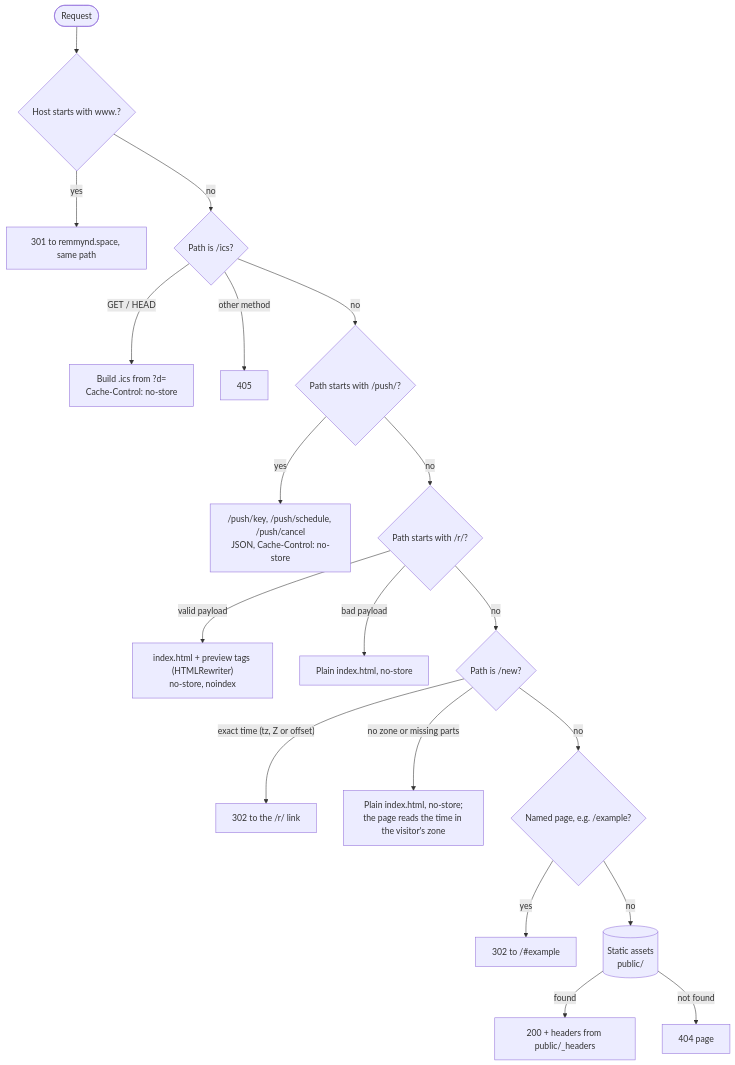
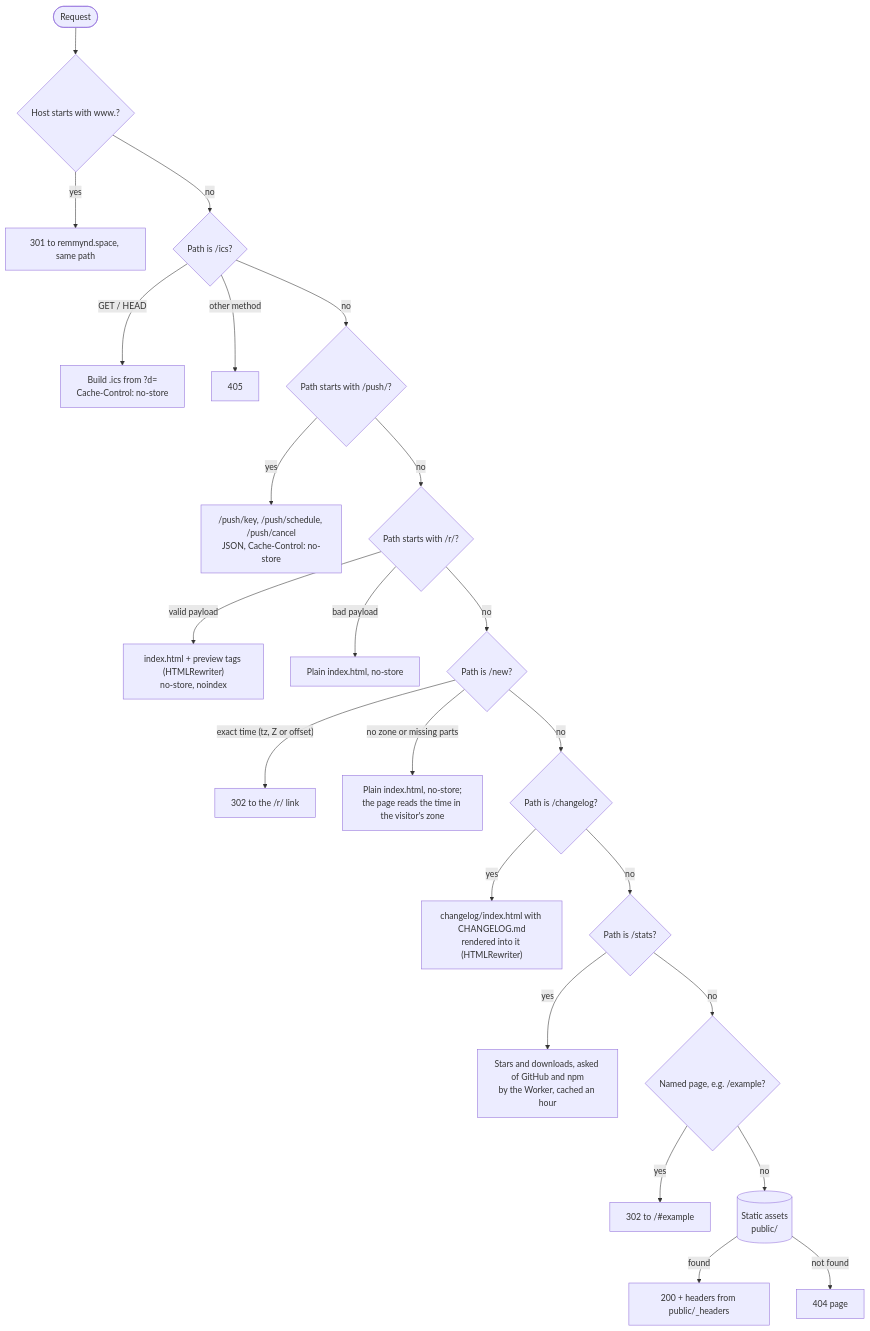
The third of 4 diagrams in docs/ARCHITECTURE.md (Remmynd/remmynd), drawn with Mermaid before and after one commit. The commit also changed other lines of this file and 28 other files, not shown here.

First line of the commit message:
Add the website: why, hosts, docs, install, roadmap, privacy, press and changelog

````diff
--- a/docs/ARCHITECTURE.md
+++ b/docs/ARCHITECTURE.md
@@ -141,21 +141,25 @@
 ```mermaid
 flowchart TD
     R([Request]) --> W{Host starts with www.?}
     W -- yes --> RW[301 to remmynd.space, same path]
     W -- no --> I{Path is /ics?}
     I -- "GET / HEAD" --> ICS["Build .ics from ?d=<br/>Cache-Control: no-store"]
     I -- other method --> M405[405]
     I -- no --> PU{Path starts with /push/?}
     PU -- yes --> PR["/push/key, /push/schedule, /push/cancel<br/>JSON, Cache-Control: no-store"]
     PU -- no --> SR{Path starts with /r/?}
     SR -- "valid payload" --> PV["index.html + preview tags (HTMLRewriter)<br/>no-store, noindex"]
     SR -- "bad payload" --> SH["Plain index.html, no-store"]
     SR -- no --> NW{Path is /new?}
     NW -- "exact time (tz, Z or offset)" --> RN["302 to the /r/ link"]
     NW -- "no zone or missing parts" --> SN["Plain index.html, no-store;<br/>the page reads the time in the visitor's zone"]
-    NW -- no --> P{Named page, e.g. /example?}
+    NW -- no --> CL{Path is /changelog?}
+    CL -- yes --> CR["changelog/index.html with CHANGELOG.md<br/>rendered into it (HTMLRewriter)"]
+    CL -- no --> ST{Path is /stats?}
+    ST -- yes --> SS["Stars and downloads, asked of GitHub and npm<br/>by the Worker, cached an hour"]
+    ST -- no --> P{Named page, e.g. /example?}
     P -- yes --> RP["302 to /#example"]
     P -- no --> A[(Static assets<br/>public/)]
     A -- found --> OK[200 + headers from public/_headers]
     A -- not found --> NF[404 page]
 ```
````
